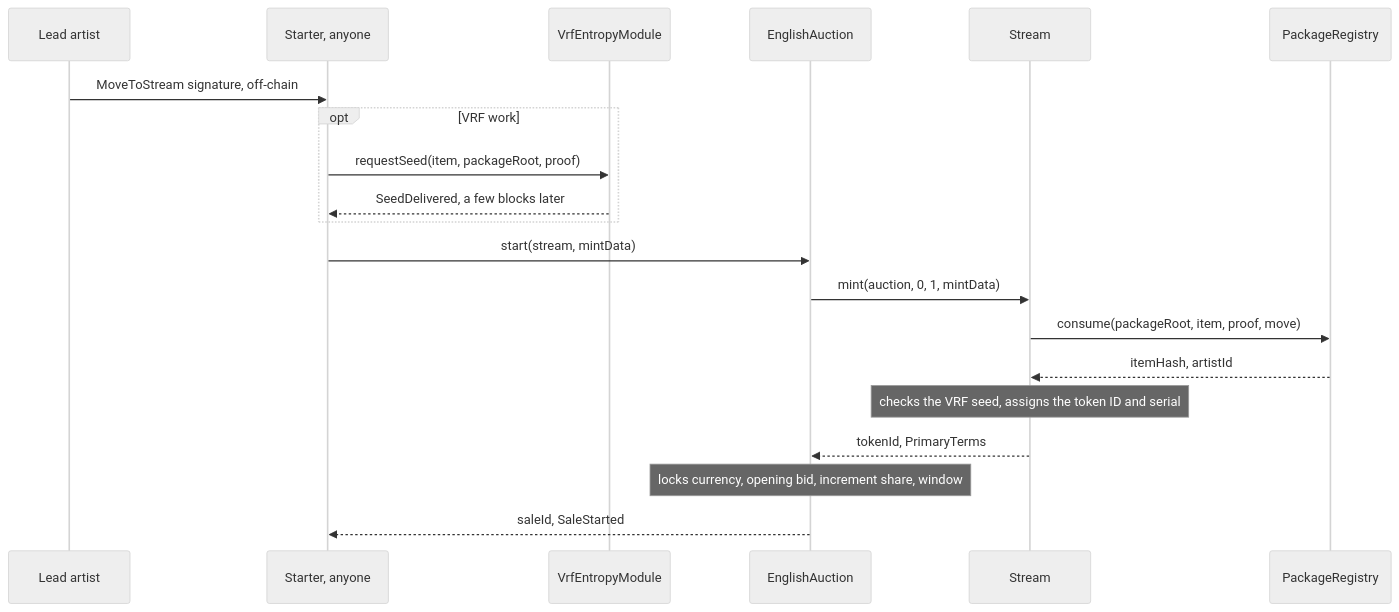
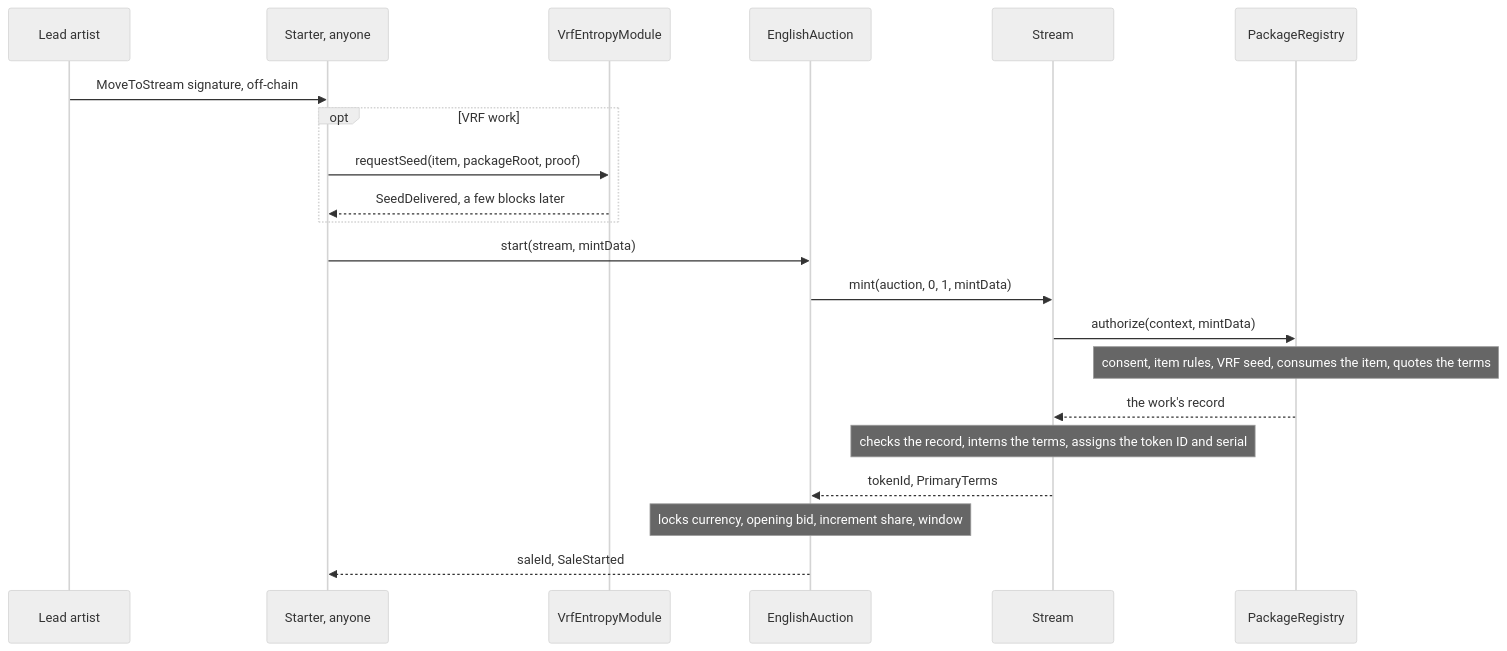
Before and after one commit to 6529-Collections/6529-works: the first of 4 diagrams in docs/integrators/buying-bidding-settling.md, drawn with Mermaid (neutral theme). The commit also changed other lines of this file and 369 other files, not shown here.

````diff
--- a/docs/integrators/buying-bidding-settling.md
+++ b/docs/integrators/buying-bidding-settling.md
@@ -252,22 +260,23 @@
 ```mermaid
 sequenceDiagram
     participant Artist as Lead artist
     participant Starter as Starter, anyone
     participant Entropy as VrfEntropyModule
     participant Auction as EnglishAuction
     participant Stream
     participant Registry as PackageRegistry
     Artist->>Starter: MoveToStream signature, off-chain
     opt VRF work
         Starter->>Entropy: requestSeed(item, packageRoot, proof)
         Entropy-->>Starter: SeedDelivered, a few blocks later
     end
     Starter->>Auction: start(stream, mintData)
     Auction->>Stream: mint(auction, 0, 1, mintData)
-    Stream->>Registry: consume(packageRoot, item, proof, move)
-    Registry-->>Stream: itemHash, artistId
-    Note over Stream: checks the VRF seed, assigns the token ID and serial
+    Stream->>Registry: authorize(context, mintData)
+    Note over Registry: consent, item rules, VRF seed, consumes the item, quotes the terms
+    Registry-->>Stream: the work's record
+    Note over Stream: checks the record, interns the terms, assigns the token ID and serial
     Stream-->>Auction: tokenId, PrimaryTerms
     Note over Auction: locks currency, opening bid, increment share, window
     Auction-->>Starter: saleId, SaleStarted
 ```
````
